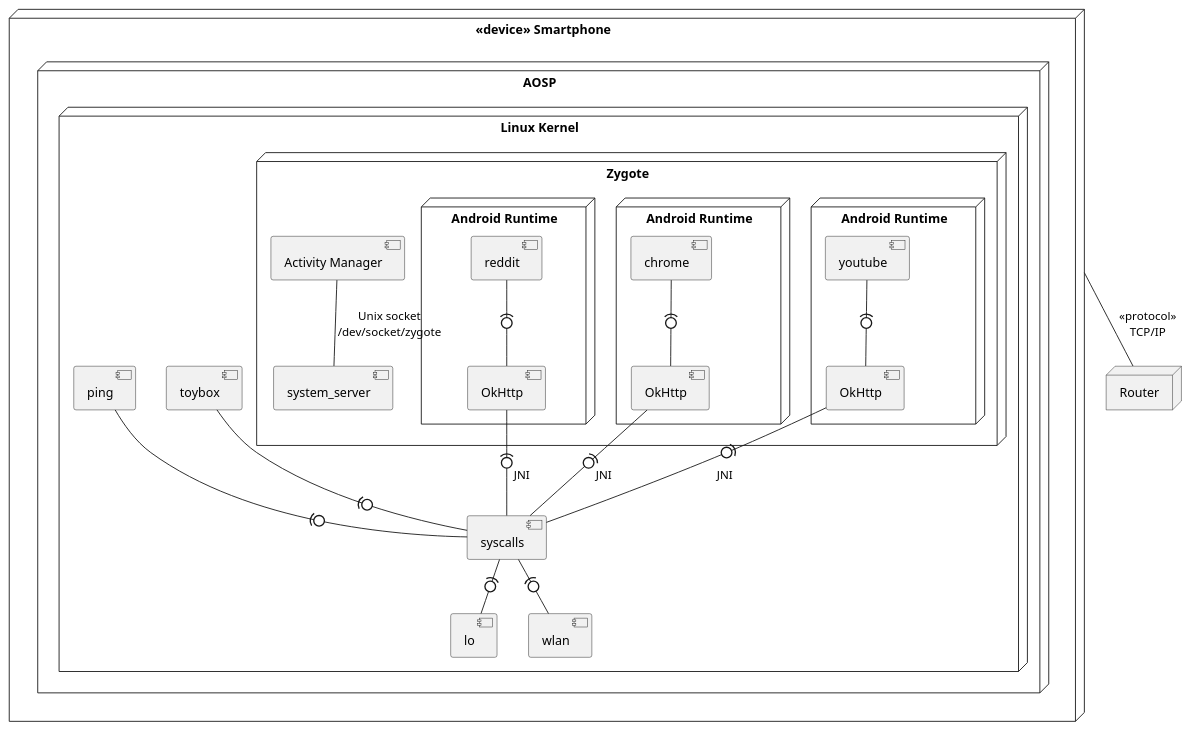
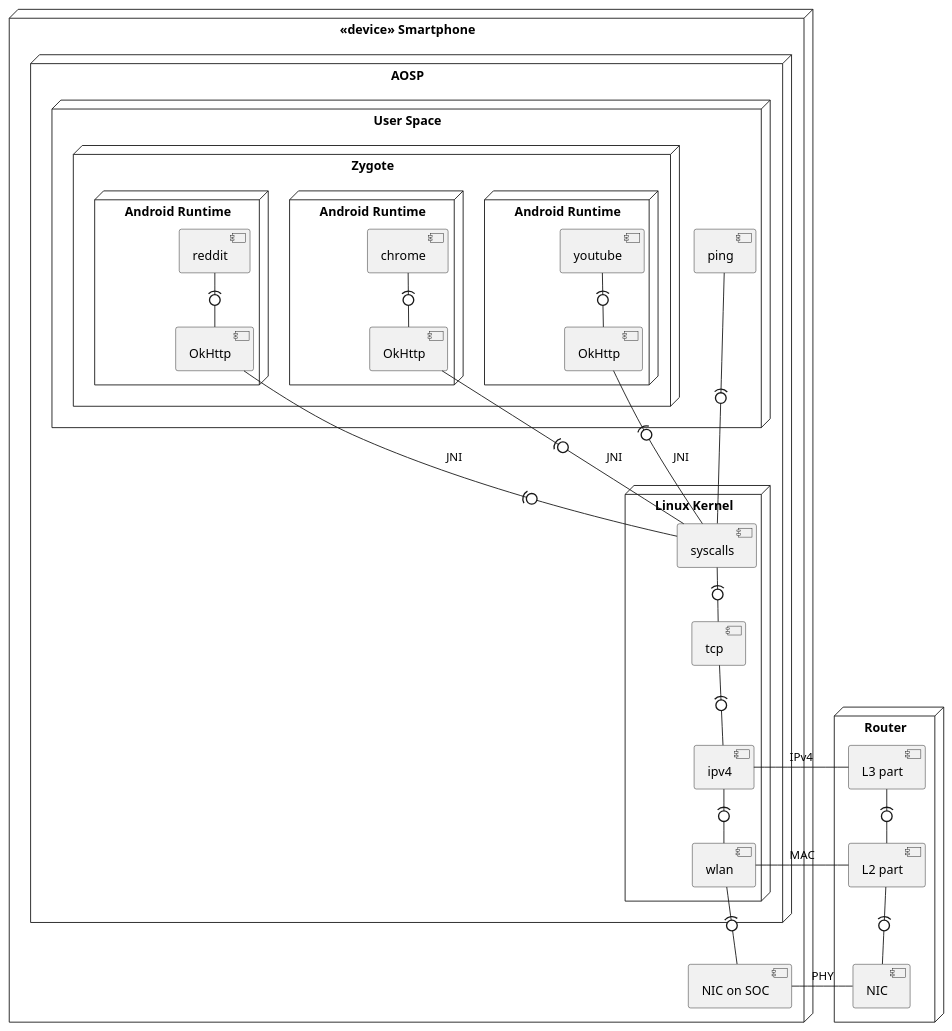
Before and after one commit to comeillfoo/telecom-netsys-design-2: the diagram in android-deployment.pu, drawn with PlantUML.

Commit message:
fix(android/deployment): show OSI layers

```diff
--- a/android-deployment.pu
+++ b/android-deployment.pu
@@ -1,52 +1,59 @@
 @startuml
 node "<<device>> Smartphone" as smartphone {
     node AOSP {
-        node "Linux Kernel" {
-            [toybox] as toybox_c
+        node "User Space" {
             [ping] as ping_c
             node "Zygote" as zygote_n {
-                [system_server] as system_server_c
-                [Activity Manager] as activity_manager_c
                 node "Android Runtime" as art_n1 {
                     [reddit] as reddit_c
                     [OkHttp] as http_lib1
                 }
                 node "Android Runtime" as art_n2 {
                     [chrome] as chrome_c
                     [OkHttp] as http_lib2
                 }
                 node "Android Runtime" as art_n3 {
                     [youtube] as youtube_c
                     [OkHttp] as http_lib3
                 }
 
             }
-
-            [lo]
+        }
+        node "Linux Kernel" {
             [wlan]
+            [ipv4]
+            [tcp]
 
             [syscalls]
         }
     }
+    [NIC on SOC] as nic_c
 }
 
-activity_manager_c -- system_server_c : "Unix socket\n/dev/socket/zygote"
-
-toybox_c -(0- syscalls
 ping_c -(0- syscalls
 reddit_c -(0- http_lib1
 chrome_c -(0- http_lib2
 youtube_c -(0- http_lib3
 
 http_lib1 -(0- syscalls : JNI
 http_lib2 -(0- syscalls : JNI
 http_lib3 -(0- syscalls : JNI
 
-syscalls -(0- lo
-syscalls -(0- wlan
+syscalls -(0- tcp
+tcp -(0- ipv4
+ipv4 -(0- wlan
+wlan -(0- nic_c
 
 node Router as router {
+  [NIC]
+  [L2 part] as L2
+  [L3 part] as L3
 }
 
-smartphone -- router : "<<protocol>>\nTCP/IP"
+L3 -(0- L2
+L2 -(0- NIC
+
+nic_c - NIC : PHY
+wlan - L2 : MAC
+ipv4 - L3 : IPv4
 @enduml
```
